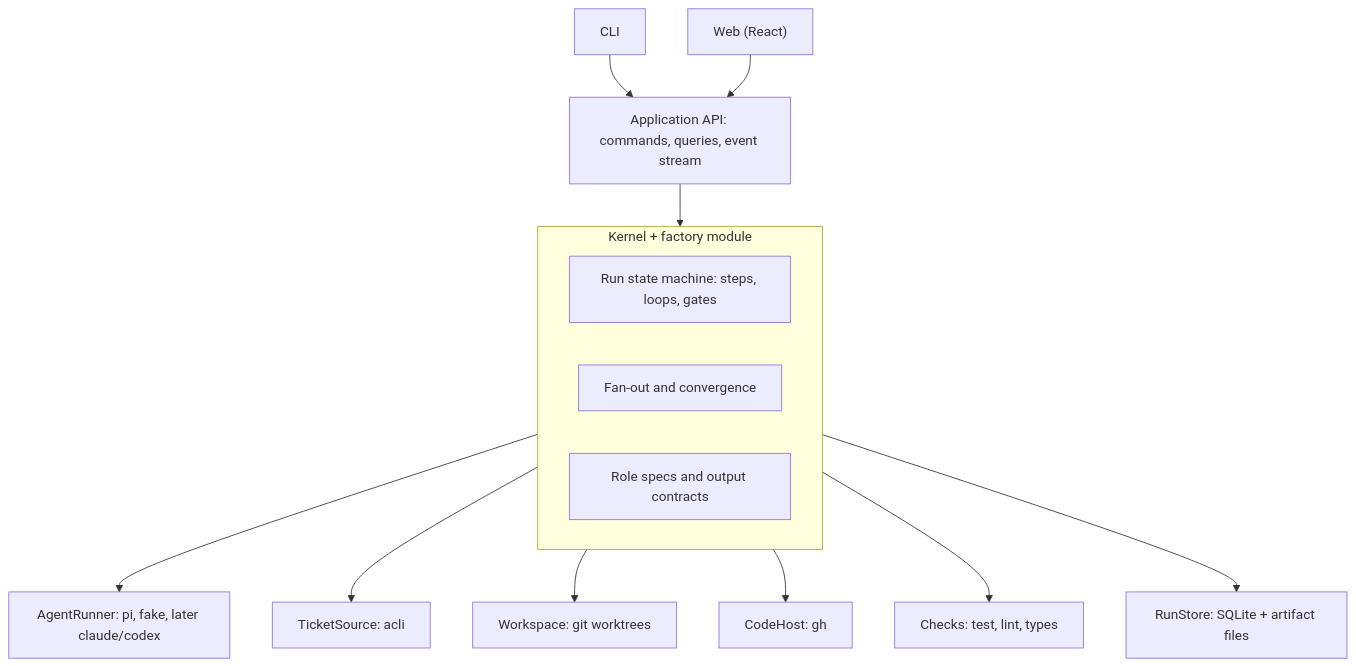
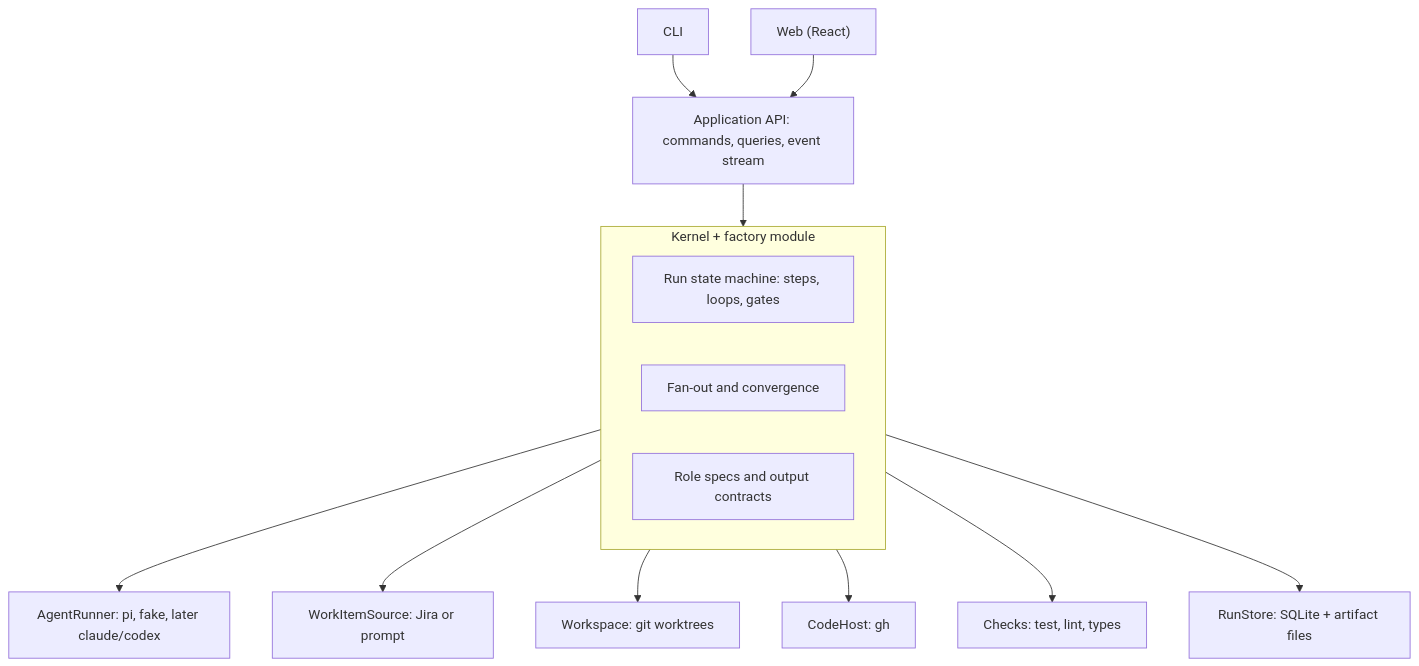
The first of 2 diagrams in docs/payo/engine-design.md (AGomezGranda/agentic-hub), drawn with Mermaid before and after one commit. The commit also changed other lines of this file and 97 other files, not shown here.

````diff
--- a/docs/payo/engine-design.md
+++ b/docs/payo/engine-design.md
@@ -54,17 +54,17 @@
 ```mermaid
 flowchart TB
   CLI["CLI"] --> API
   Web["Web (React)"] --> API
   API["Application API: commands, queries, event stream"] --> Engine
   subgraph Engine["Kernel + factory module"]
     SM["Run state machine: steps, loops, gates"]
     Fan["Fan-out and convergence"]
     Roles["Role specs and output contracts"]
   end
   Engine --> Runner["AgentRunner: pi, fake, later claude/codex"]
-  Engine --> Tickets["TicketSource: acli"]
+  Engine --> WorkItems["WorkItemSource: Jira or prompt"]
   Engine --> WS["Workspace: git worktrees"]
   Engine --> Host["CodeHost: gh"]
   Engine --> Checks["Checks: test, lint, types"]
   Engine --> Store["RunStore: SQLite + artifact files"]
 ```
````
